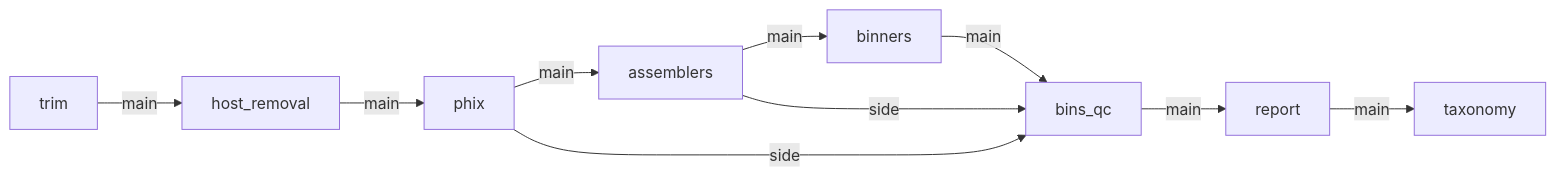
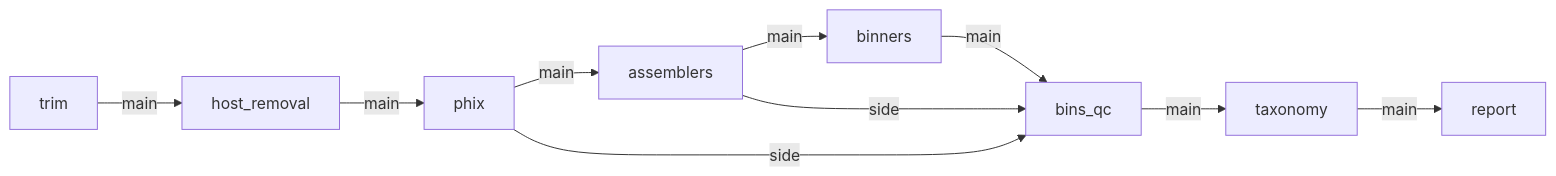
One commit to oxo-flow-community/oxo-flow-community.github.io changed the diagram in scripts/semantic_maps/oxo-flow-mag.mmd. Above: the diagram before and after it, drawn with Mermaid. The commit also changed 7 other files, not shown here.

Commit message:
mag v3: correct terminal order (bins_qc -> taxonomy -> report) + regrouped binners

```diff
--- a/scripts/semantic_maps/oxo-flow-mag.mmd
+++ b/scripts/semantic_maps/oxo-flow-mag.mmd
@@ -1,16 +1,16 @@
 %%metro line: main | Main pipeline | #79706E
 %%metro line: side | Assist routes | #E8A33D
 %%metro font_scale: 1.9
 %%metro stroke_scale: 1.6
 %%metro legend: br
 
 graph LR
     trim -->|main| host_removal
     host_removal -->|main| phix
     phix -->|main| assemblers
     assemblers -->|main| binners
     binners -->|main| bins_qc
-    bins_qc -->|main| report
-    report -->|main| taxonomy
+    bins_qc -->|main| taxonomy
+    taxonomy -->|main| report
     phix -->|side| bins_qc
     assemblers -->|side| bins_qc
```
